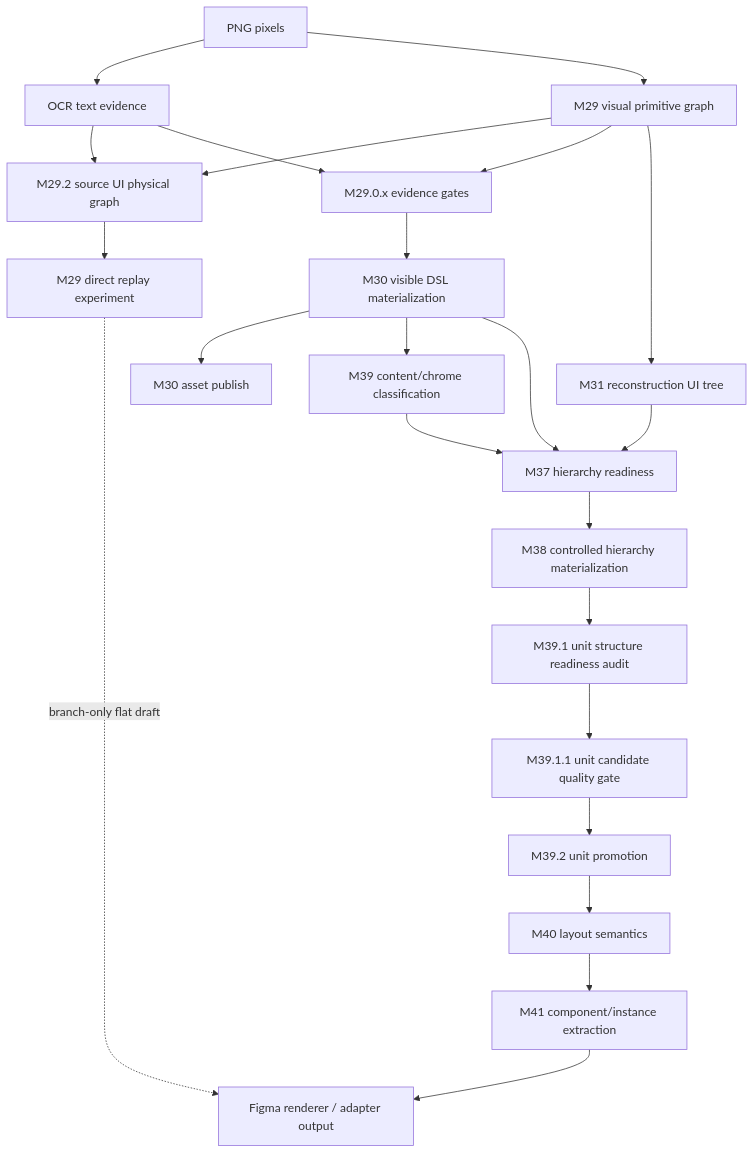
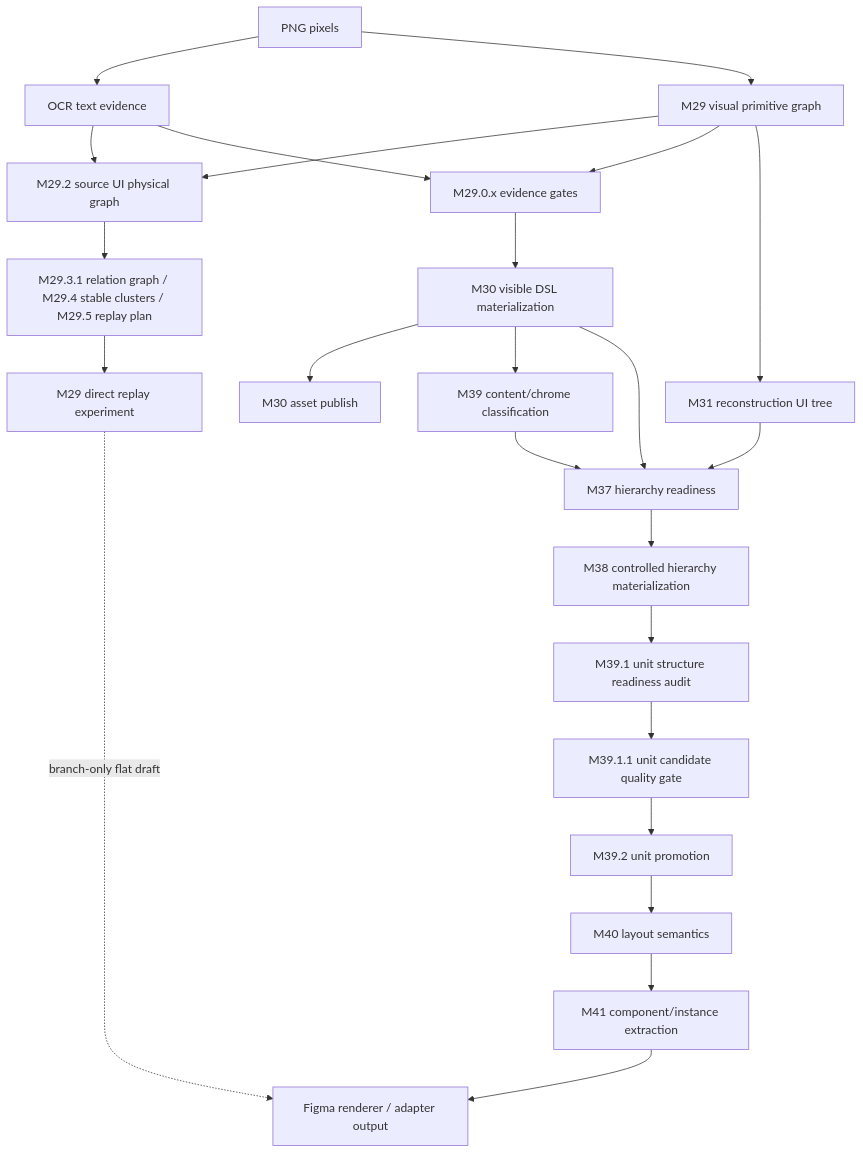
Before and after one commit to ysankpia/image-figma: the diagram in docs/roadmap.md, drawn with Mermaid. The commit also changed other lines of this file and 11 other files, not shown here.

````diff
--- a/docs/roadmap.md
+++ b/docs/roadmap.md
@@ -289,25 +291,26 @@
 ```mermaid
 flowchart TD
   A["PNG pixels"] --> B["OCR text evidence"]
   A --> C["M29 visual primitive graph"]
   B --> R["M29.2 source UI physical graph"]
   C --> R
-  R --> Q["M29 direct replay experiment"]
+  R --> S["M29.3.1 relation graph / M29.4 stable clusters / M29.5 replay plan"]
+  S --> Q["M29 direct replay experiment"]
   Q -. "branch-only flat draft" .-> P["Figma renderer / adapter output"]
   B --> D["M29.0.x evidence gates"]
   C --> D
   D --> E["M30 visible DSL materialization"]
   E --> F["M30 asset publish"]
   C --> G["M31 reconstruction UI tree"]
   E --> H["M39 content/chrome classification"]
   G --> I["M37 hierarchy readiness"]
   H --> I
   E --> I
   I --> J["M38 controlled hierarchy materialization"]
   J --> K["M39.1 unit structure readiness audit"]
   K --> L["M39.1.1 unit candidate quality gate"]
   L --> M["M39.2 unit promotion"]
   M --> N["M40 layout semantics"]
   N --> O["M41 component/instance extraction"]
   O --> P["Figma renderer / adapter output"]
 ```
````
